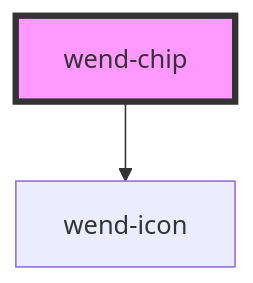
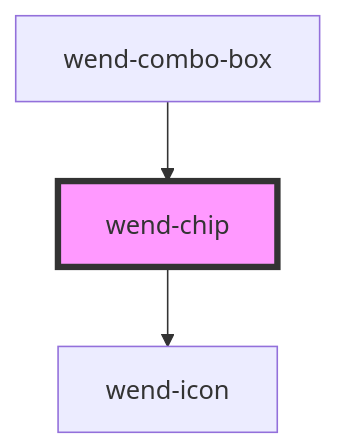
The diagram in packages/web-components/src/components/wend-chip/readme.md (DevaStudios/wend-ui), drawn with Mermaid before and after one commit. The commit also changed other lines of this file and 20 other files, not shown here.

````diff
--- a/packages/web-components/src/components/wend-chip/readme.md
+++ b/packages/web-components/src/components/wend-chip/readme.md
@@ -31,5 +35,6 @@
 ```mermaid
 graph TD;
   wend-chip --> wend-icon
+  wend-combo-box --> wend-chip
   style wend-chip fill:#f9f,stroke:#333,stroke-width:4px
 ```
````
